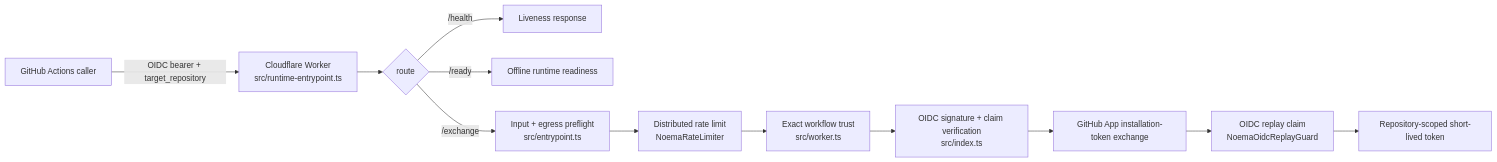
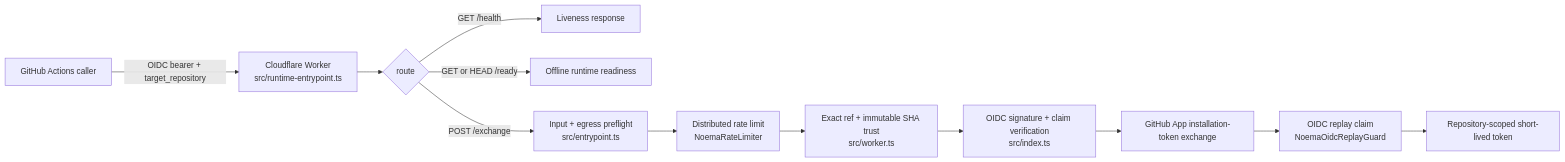
Before and after one commit to ContextualWisdomLab/noema: the first of 2 diagrams in ARCHITECTURE.md, drawn with Mermaid. The commit also changed other lines of this file, not shown here.

Commit message:
docs(architecture): bind workflow source and alarm semantics

````diff
--- a/ARCHITECTURE.md
+++ b/ARCHITECTURE.md
@@ -22,14 +29,14 @@
 ```mermaid
 flowchart LR
   A[GitHub Actions caller] -->|OIDC bearer + target_repository| B[Cloudflare Worker\nsrc/runtime-entrypoint.ts]
   B --> C{route}
-  C -->|/health| H[Liveness response]
-  C -->|/ready| R[Offline runtime readiness]
-  C -->|/exchange| E[Input + egress preflight\nsrc/entrypoint.ts]
+  C -->|GET /health| H[Liveness response]
+  C -->|GET or HEAD /ready| R[Offline runtime readiness]
+  C -->|POST /exchange| E[Input + egress preflight\nsrc/entrypoint.ts]
   E --> L[Distributed rate limit\nNoemaRateLimiter]
-  L --> W[Exact workflow trust\nsrc/worker.ts]
+  L --> W[Exact ref + immutable SHA trust\nsrc/worker.ts]
   W --> O[OIDC signature + claim verification\nsrc/index.ts]
   O --> G[GitHub App installation-token exchange]
   G --> P[OIDC replay claim\nNoemaOidcReplayGuard]
   P --> T[Repository-scoped short-lived token]
 ```
````
